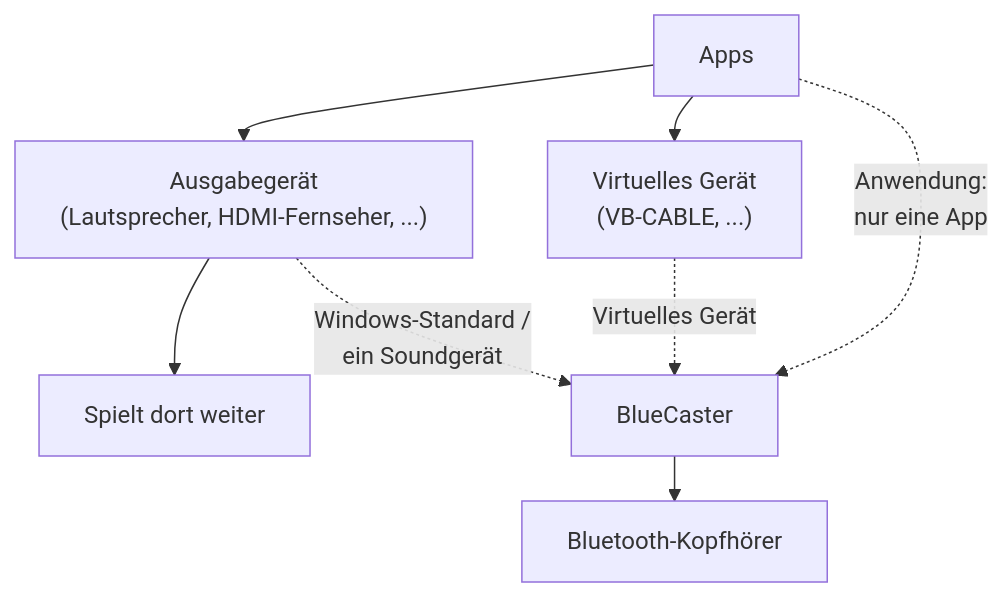
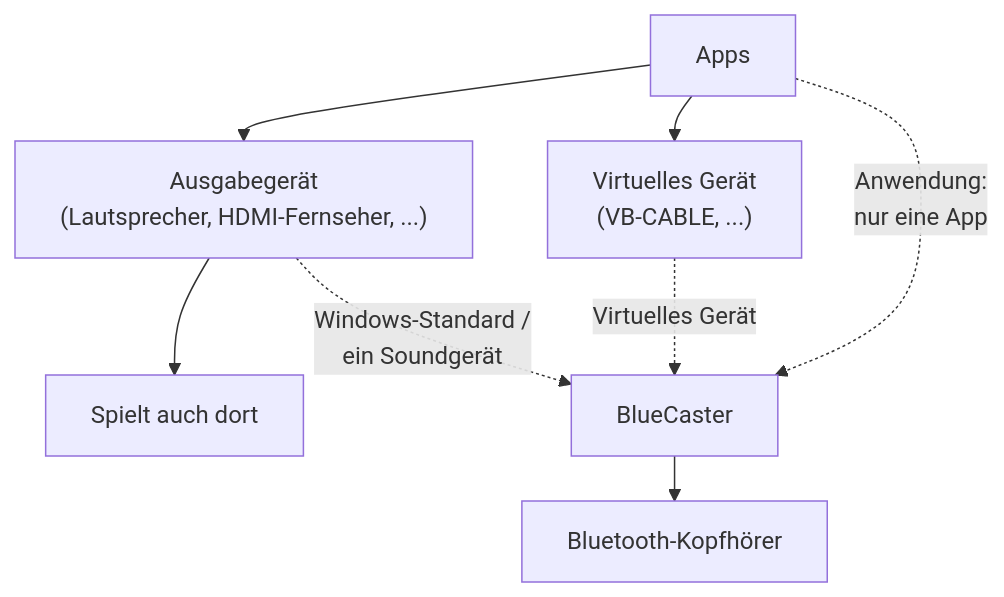
Before and after one commit to RxMaxx/A2DP-Windows-Bridge: the first of 2 diagrams in docs/de/usage.md, drawn with Mermaid. The commit also changed other lines of this file and 105 other files, not shown here.

````diff
--- a/docs/de/usage.md
+++ b/docs/de/usage.md
@@ -258,16 +264,16 @@
 ```mermaid
 ---
 config:
   flowchart:
     wrappingWidth: 480
     rankSpacing: 30
 ---
 flowchart TD
     apps["Apps"] --> out["Ausgabegerät<br>(Lautsprecher, HDMI-Fernseher, ...)"]
     apps --> virt["Virtuelles Gerät<br>(VB-CABLE, ...)"]
-    out --> there["Spielt dort weiter"]
+    out --> there["Spielt auch dort"]
     out -.->|"Windows-Standard /<br>ein Soundgerät"| bc["BlueCaster"]
     virt -.->|"Virtuelles Gerät"| bc
     apps -.->|"Anwendung:<br>nur eine App"| bc
     bc --> hp["Bluetooth-Kopfhörer"]
 ```
````
